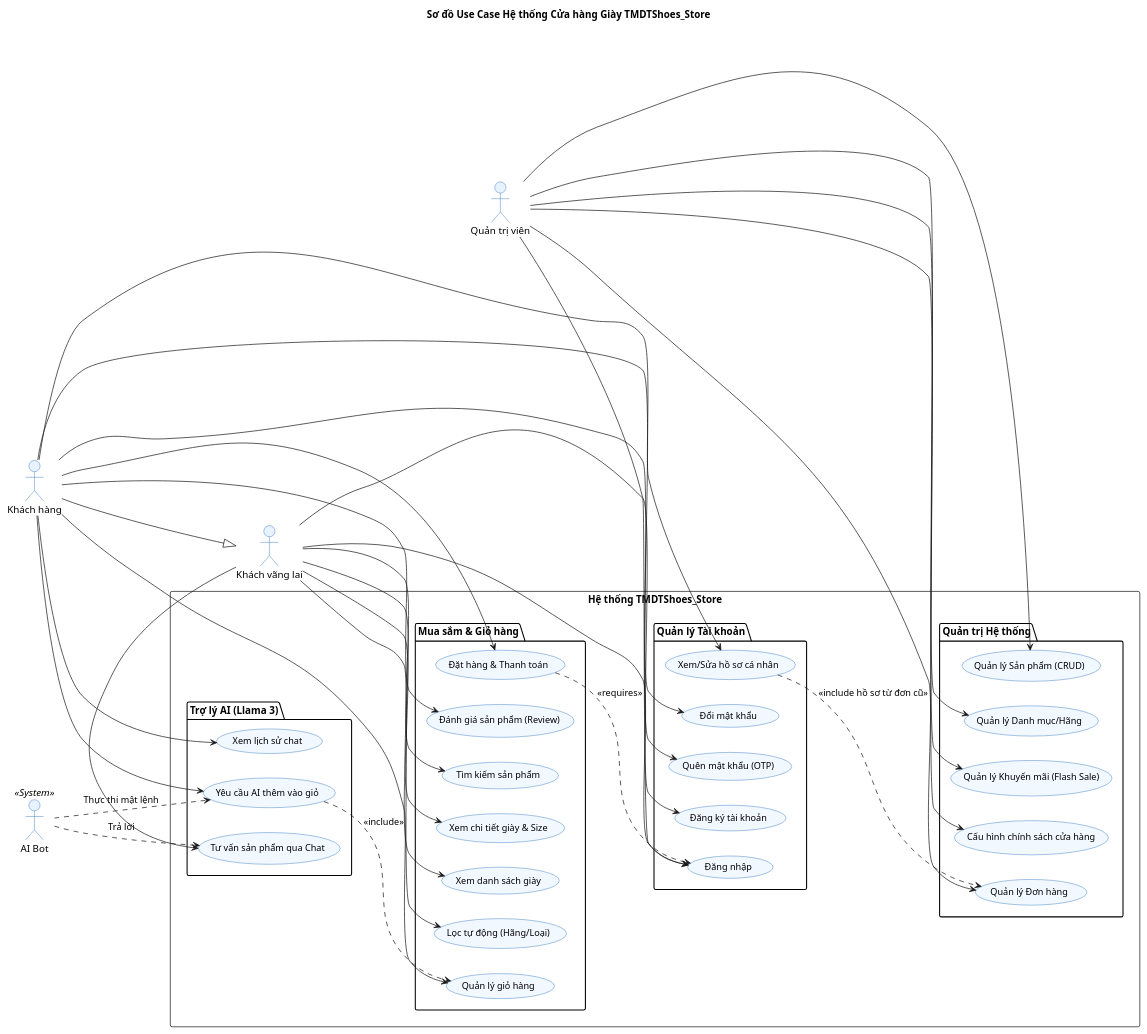
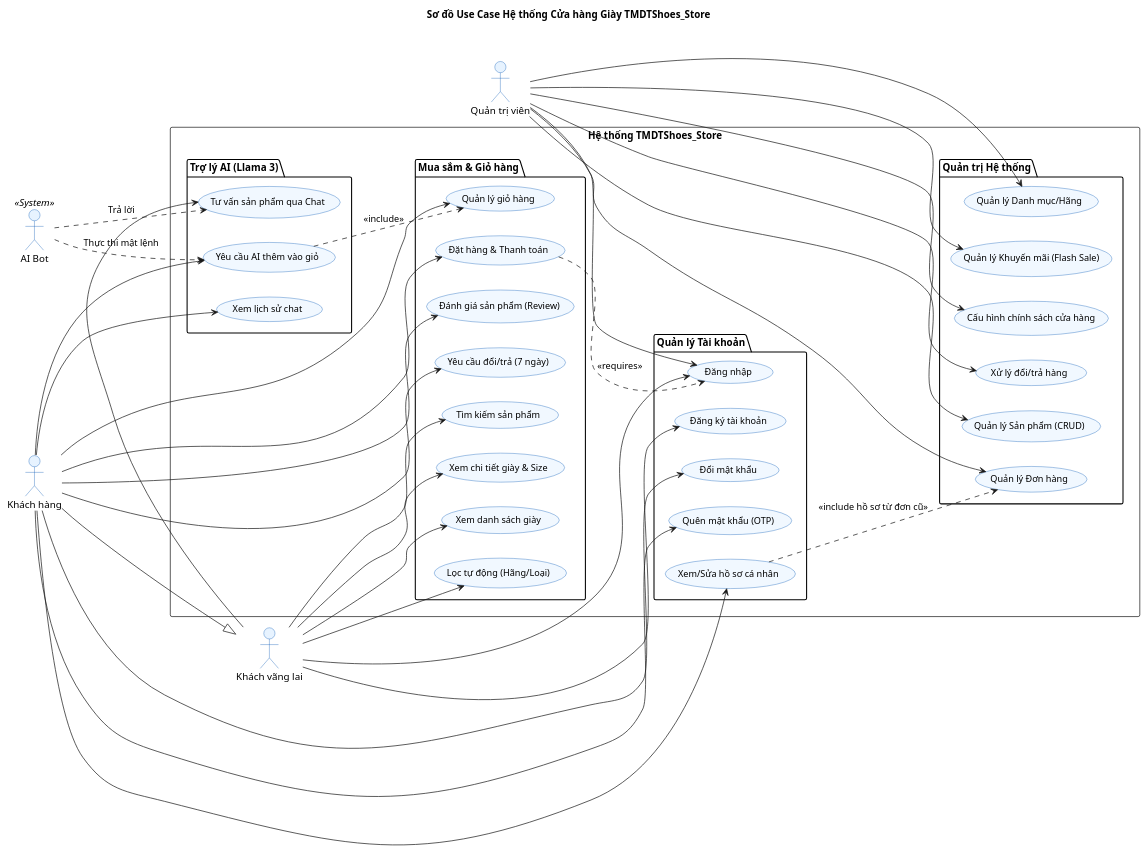
One commit to TanThong0506/TMDTShoes_Store changed the diagram in documentation/usecase_diagram.puml. Above: the diagram before and after it, drawn with PlantUML. The commit also changed 7 other files, not shown here.

Commit message:
feat: Thêm tính năng Yêu cầu đổi trả 7 ngày

```diff
--- a/documentation/usecase_diagram.puml
+++ b/documentation/usecase_diagram.puml
@@ -1,102 +1,106 @@
 @startuml TMDTShoes_Store_UseCase
 skinparam backgroundColor transparent
 skinparam usecase {
     BackgroundColor #f1f8ff
     BorderColor #0056b3
     FontName "Segoe UI"
     FontSize 13
 }
 skinparam actor {
     BackgroundColor #e7f3ff
     BorderColor #0056b3
 }
 
-' Cập nhật ngày 27/04/2026 (điểm danh)
+
 title Sơ đồ Use Case Hệ thống Cửa hàng Giày TMDTShoes_Store
 
 left to right direction
 
 actor "Khách vãng lai" as Guest
 actor "Khách hàng" as Customer
 actor "Quản trị viên" as Admin
 actor "AI Bot" as AIBot <<System>>
 
 rectangle "Hệ thống TMDTShoes_Store" {
     
     ' --- Nhóm 1: Hệ thống Tài khoản ---
     package "Quản lý Tài khoản" {
         usecase "Đăng ký tài khoản" as UC_Register
         usecase "Đăng nhập" as UC_Login
         usecase "Xem/Sửa hồ sơ cá nhân" as UC_Profile
         usecase "Đổi mật khẩu" as UC_ChangePass
         usecase "Quên mật khẩu (OTP)" as UC_ResetPass
     }
 
     ' --- Nhóm 2: Mua hàng & Tìm kiếm ---
     package "Mua sắm & Giỏ hàng" {
         usecase "Xem danh sách giày" as UC_ViewList
         usecase "Lọc tự động (Hãng/Loại)" as UC_AutoFilter
         usecase "Tìm kiếm sản phẩm" as UC_Search
         usecase "Xem chi tiết giày & Size" as UC_ViewDetail
         usecase "Quản lý giỏ hàng" as UC_ManageCart
         usecase "Đặt hàng & Thanh toán" as UC_Checkout
         usecase "Đánh giá sản phẩm (Review)" as UC_Review
+        usecase "Yêu cầu đổi/trả (7 ngày)" as UC_Return
     }
 
     ' --- Nhóm 3: Thông minh nhân tạo AI ---
     package "Trợ lý AI (Llama 3)" {
         usecase "Tư vấn sản phẩm qua Chat" as UC_AIChat
         usecase "Yêu cầu AI thêm vào giỏ" as UC_AIAddToCart
         usecase "Xem lịch sử chat" as UC_ChatHistory
     }
 
     ' --- Nhóm 4: Quản trị Quản trị viên ---
     package "Quản trị Hệ thống" {
         usecase "Quản lý Sản phẩm (CRUD)" as UC_AdminProduct
         usecase "Quản lý Đơn hàng" as UC_AdminOrder
         usecase "Quản lý Danh mục/Hãng" as UC_AdminCategory
         usecase "Quản lý Khuyến mãi (Flash Sale)" as UC_AdminSale
         usecase "Cấu hình chính sách cửa hàng" as UC_AdminPolicy
+        usecase "Xử lý đổi/trả hàng" as UC_AdminReturn
     }
 }
 
 ' --- Quan hệ giữa các Actor và Use Case ---
 
 ' Guest
 Guest --> UC_ViewList
 Guest --> UC_AutoFilter
 Guest --> UC_Search
 Guest --> UC_ViewDetail
 Guest --> UC_Register
 Guest --> UC_Login
 Guest --> UC_AIChat
 
 ' Customer (Kế thừa từ Guest + thêm đặc quyền)
 Customer --|> Guest
 Customer --> UC_Profile
 Customer --> UC_ChangePass
 Customer --> UC_ResetPass
 Customer --> UC_ManageCart
 Customer --> UC_Checkout
 Customer --> UC_Review
+Customer --> UC_Return
 Customer --> UC_AIAddToCart
 Customer --> UC_ChatHistory
 
 ' Admin
 Admin --> UC_AdminProduct
 Admin --> UC_AdminOrder
 Admin --> UC_AdminCategory
 Admin --> UC_AdminSale
 Admin --> UC_AdminPolicy
+Admin --> UC_AdminReturn
 Admin --> UC_Login
 
 ' AI Bot System
 AIBot ..> UC_AIChat : Trả lời
 AIBot ..> UC_AIAddToCart : Thực thi mật lệnh
 
 ' Các ghi chú logic (Include/Extend)
 UC_Checkout ..> UC_Login : <<requires>>
 UC_Profile ..> UC_AdminOrder : <<include hồ sơ từ đơn cũ>>
 UC_AIAddToCart ..> UC_ManageCart : <<include>>
 
 @enduml
```
